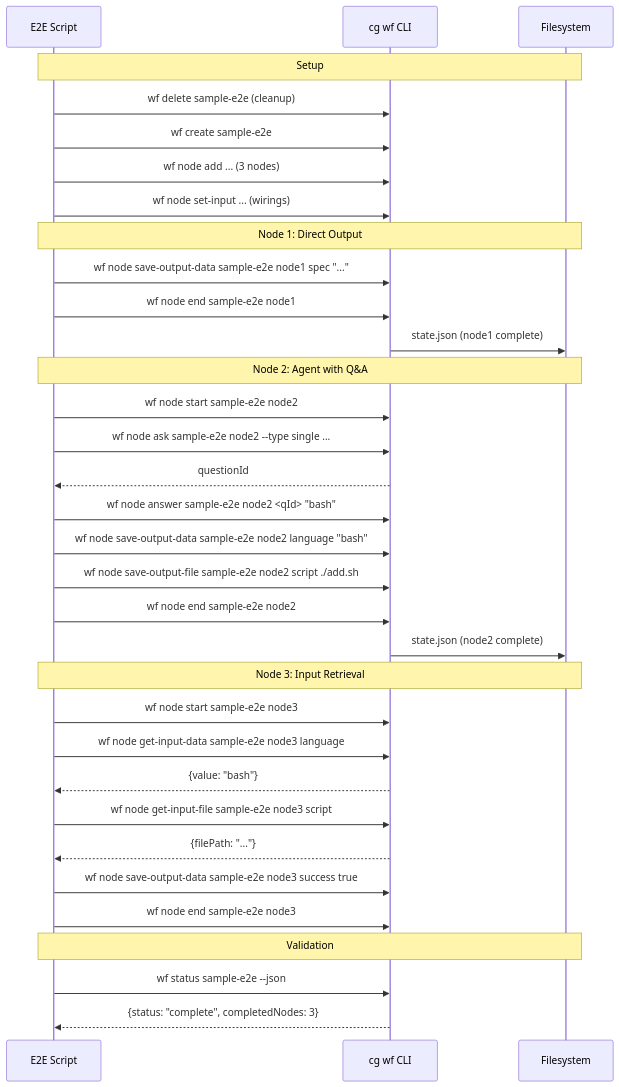
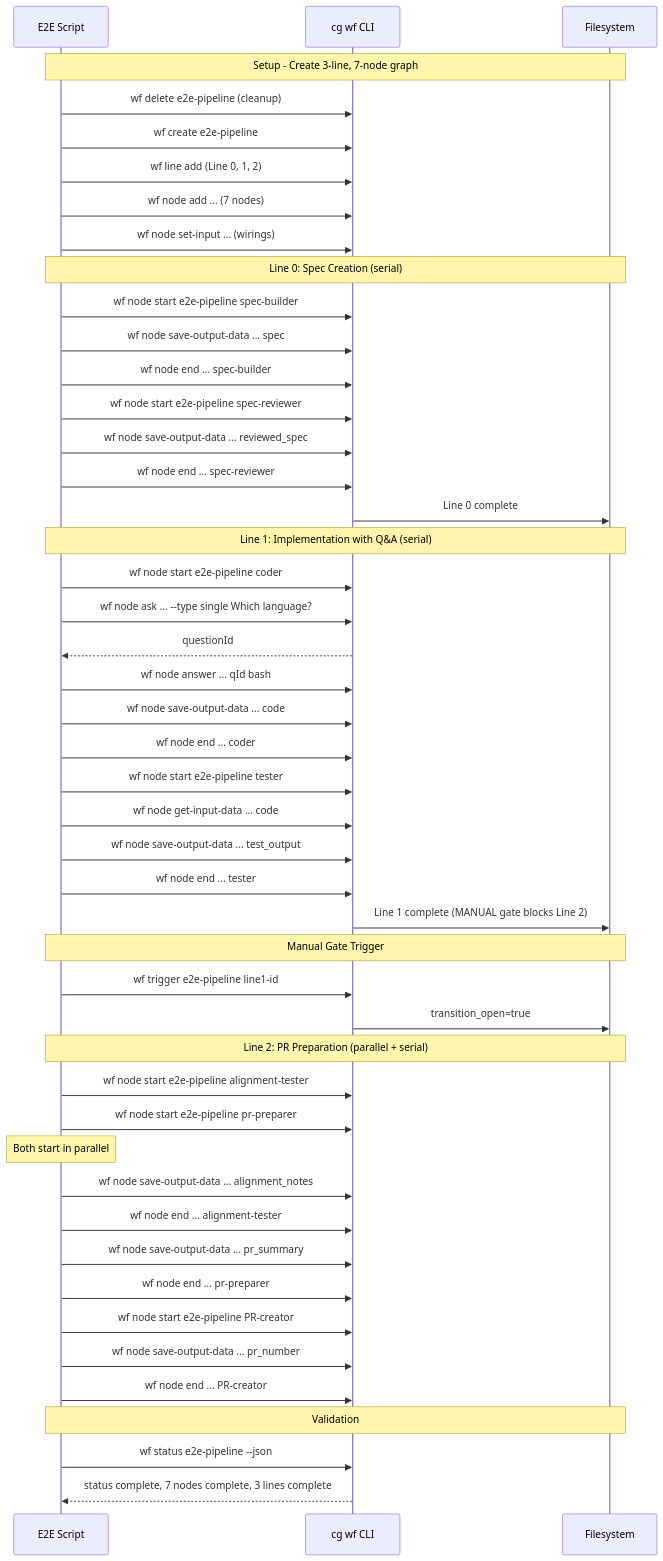
One commit to AI-Substrate/chainglass changed the third of 3 diagrams in docs/plans/028-pos-agentic-cli/tasks/phase-6-e2e-test-and-documentation/tasks.md. Above: the diagram before and after it, drawn with Mermaid. The commit also changed other lines of this file and 14 other files, not shown here.

First line of the commit message:
feat(positional-graph): complete Phase 6 E2E test and documentation

````diff
--- a/docs/plans/028-pos-agentic-cli/tasks/phase-6-e2e-test-and-documentation/tasks.md
+++ b/docs/plans/028-pos-agentic-cli/tasks/phase-6-e2e-test-and-documentation/tasks.md
@@ -300,40 +325,55 @@
 ```mermaid
 sequenceDiagram
     participant Script as E2E Script
     participant CLI as cg wf CLI
     participant FS as Filesystem
 
-    Note over Script,FS: Setup
-    Script->>CLI: wf delete sample-e2e (cleanup)
-    Script->>CLI: wf create sample-e2e
-    Script->>CLI: wf node add ... (3 nodes)
+    Note over Script,FS: Setup - Create 3-line, 7-node graph
+    Script->>CLI: wf delete e2e-pipeline (cleanup)
+    Script->>CLI: wf create e2e-pipeline
+    Script->>CLI: wf line add (Line 0, 1, 2)
+    Script->>CLI: wf node add ... (7 nodes)
     Script->>CLI: wf node set-input ... (wirings)
 
-    Note over Script,FS: Node 1: Direct Output
-    Script->>CLI: wf node save-output-data sample-e2e node1 spec "..."
-    Script->>CLI: wf node end sample-e2e node1
-    CLI->>FS: state.json (node1 complete)
+    Note over Script,FS: Line 0: Spec Creation (serial)
+    Script->>CLI: wf node start e2e-pipeline spec-builder
+    Script->>CLI: wf node save-output-data ... spec
+    Script->>CLI: wf node end ... spec-builder
+    Script->>CLI: wf node start e2e-pipeline spec-reviewer
+    Script->>CLI: wf node save-output-data ... reviewed_spec
+    Script->>CLI: wf node end ... spec-reviewer
+    CLI->>FS: Line 0 complete
 
-    Note over Script,FS: Node 2: Agent with Q&A
-    Script->>CLI: wf node start sample-e2e node2
-    Script->>CLI: wf node ask sample-e2e node2 --type single ...
+    Note over Script,FS: Line 1: Implementation with Q&A (serial)
+    Script->>CLI: wf node start e2e-pipeline coder
+    Script->>CLI: wf node ask ... --type single Which language?
     CLI-->>Script: questionId
-    Script->>CLI: wf node answer sample-e2e node2 <qId> "bash"
-    Script->>CLI: wf node save-output-data sample-e2e node2 language "bash"
-    Script->>CLI: wf node save-output-file sample-e2e node2 script ./add.sh
-    Script->>CLI: wf node end sample-e2e node2
-    CLI->>FS: state.json (node2 complete)
+    Script->>CLI: wf node answer ... qId bash
+    Script->>CLI: wf node save-output-data ... code
+    Script->>CLI: wf node end ... coder
+    Script->>CLI: wf node start e2e-pipeline tester
+    Script->>CLI: wf node get-input-data ... code
+    Script->>CLI: wf node save-output-data ... test_output
+    Script->>CLI: wf node end ... tester
+    CLI->>FS: Line 1 complete (MANUAL gate blocks Line 2)
 
-    Note over Script,FS: Node 3: Input Retrieval
-    Script->>CLI: wf node start sample-e2e node3
-    Script->>CLI: wf node get-input-data sample-e2e node3 language
-    CLI-->>Script: {value: "bash"}
-    Script->>CLI: wf node get-input-file sample-e2e node3 script
-    CLI-->>Script: {filePath: "..."}
-    Script->>CLI: wf node save-output-data sample-e2e node3 success true
-    Script->>CLI: wf node end sample-e2e node3
+    Note over Script,FS: Manual Gate Trigger
+    Script->>CLI: wf trigger e2e-pipeline line1-id
+    CLI->>FS: transition_open=true
+
+    Note over Script,FS: Line 2: PR Preparation (parallel + serial)
+    Script->>CLI: wf node start e2e-pipeline alignment-tester
+    Script->>CLI: wf node start e2e-pipeline pr-preparer
+    Note over Script: Both start in parallel
+    Script->>CLI: wf node save-output-data ... alignment_notes
+    Script->>CLI: wf node end ... alignment-tester
+    Script->>CLI: wf node save-output-data ... pr_summary
+    Script->>CLI: wf node end ... pr-preparer
+    Script->>CLI: wf node start e2e-pipeline PR-creator
+    Script->>CLI: wf node save-output-data ... pr_number
+    Script->>CLI: wf node end ... PR-creator
 
     Note over Script,FS: Validation
-    Script->>CLI: wf status sample-e2e --json
-    CLI-->>Script: {status: "complete", completedNodes: 3}
+    Script->>CLI: wf status e2e-pipeline --json
+    CLI-->>Script: status complete, 7 nodes complete, 3 lines complete
 ```
````
